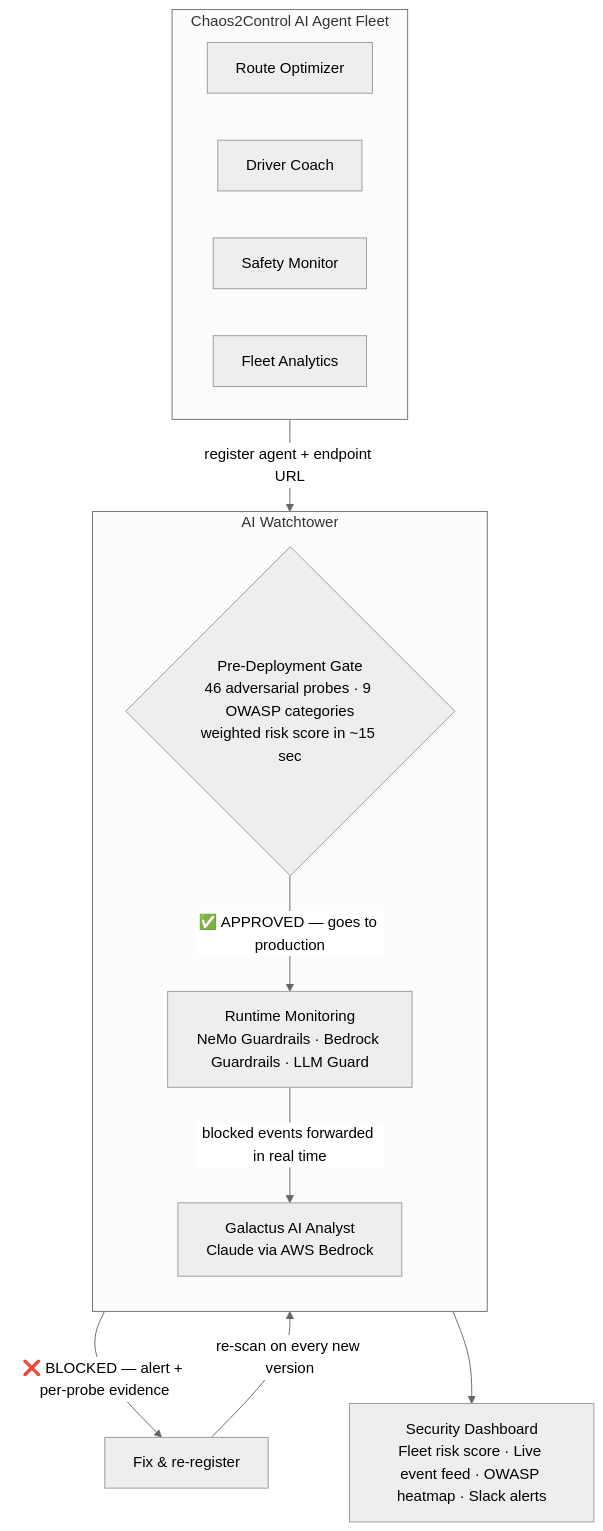
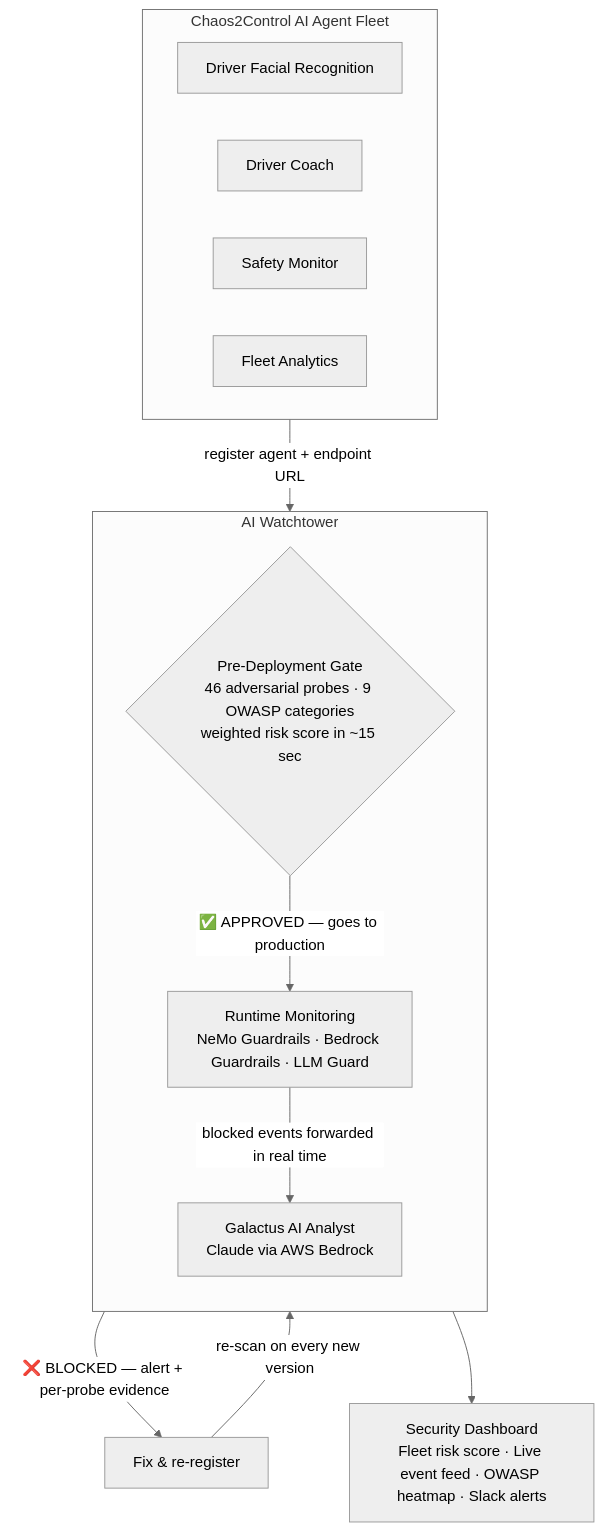
Before and after one commit to Parthasarathi7722/ai-watchtower: the diagram in README.md, drawn with Mermaid (neutral theme). The commit also changed other lines of this file and 7 other files, not shown here.

````diff
--- a/README.md
+++ b/README.md
@@ -26,26 +26,26 @@
 ```mermaid
 flowchart TD
     subgraph Fleet["Chaos2Control AI Agent Fleet"]
         direction LR
-        RO["Route Optimizer"]
+        RO["Driver Facial Recognition"]
         DC["Driver Coach"]
         SM["Safety Monitor"]
         FA["Fleet Analytics"]
     end
 
     Fleet -->|"register agent + endpoint URL"| Gate
 
     subgraph WT["AI Watchtower"]
         direction TB
         Gate{"Pre-Deployment Gate\n46 adversarial probes · 9 OWASP categories\nweighted risk score in ~15 sec"}
         Runtime["Runtime Monitoring\nNeMo Guardrails · Bedrock Guardrails · LLM Guard"]
         Galactus["Galactus AI Analyst\nClaude via AWS Bedrock"]
     end
 
     Gate -->|"✅ APPROVED — goes to production"| Runtime
     Gate -->|"❌ BLOCKED — alert + per-probe evidence"| Fix["Fix & re-register"]
     Fix -->|"re-scan on every new version"| Gate
 
     Runtime -->|"blocked events forwarded in real time"| Galactus
     Galactus --> DB["Security Dashboard\nFleet risk score · Live event feed · OWASP heatmap · Slack alerts"]
 ```
````
